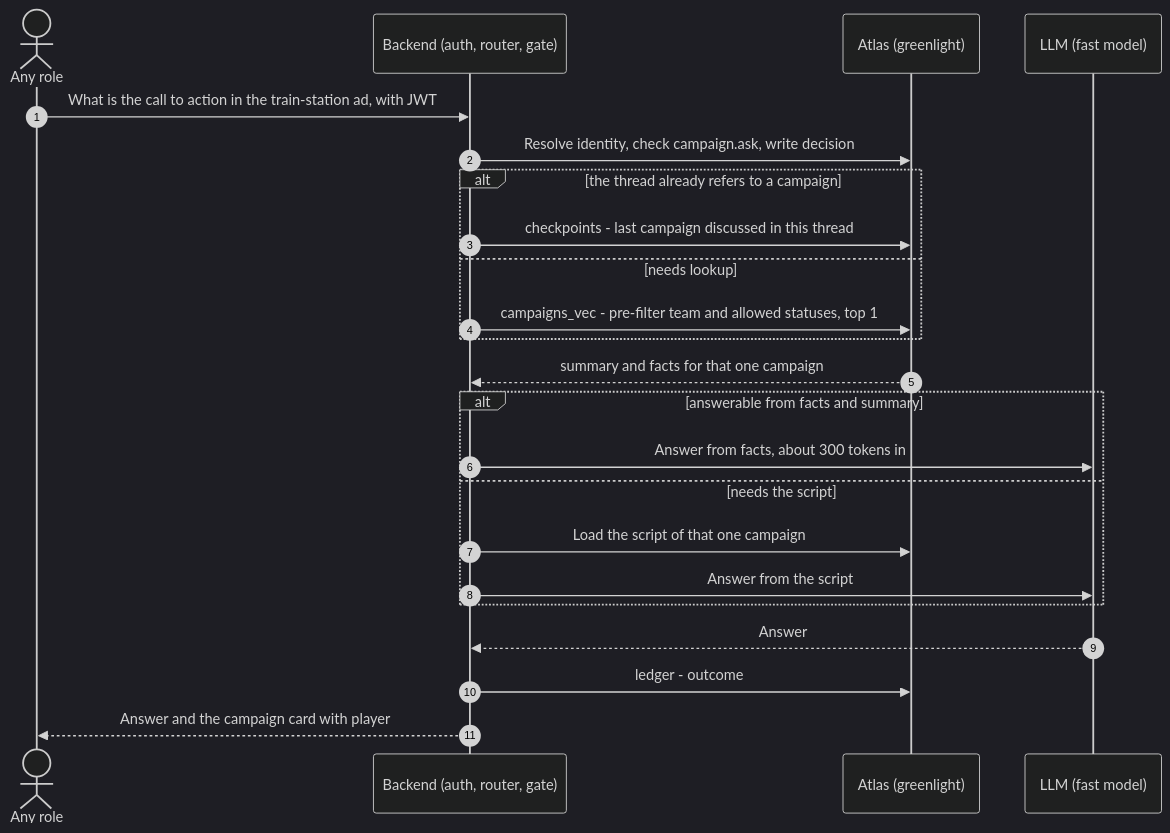
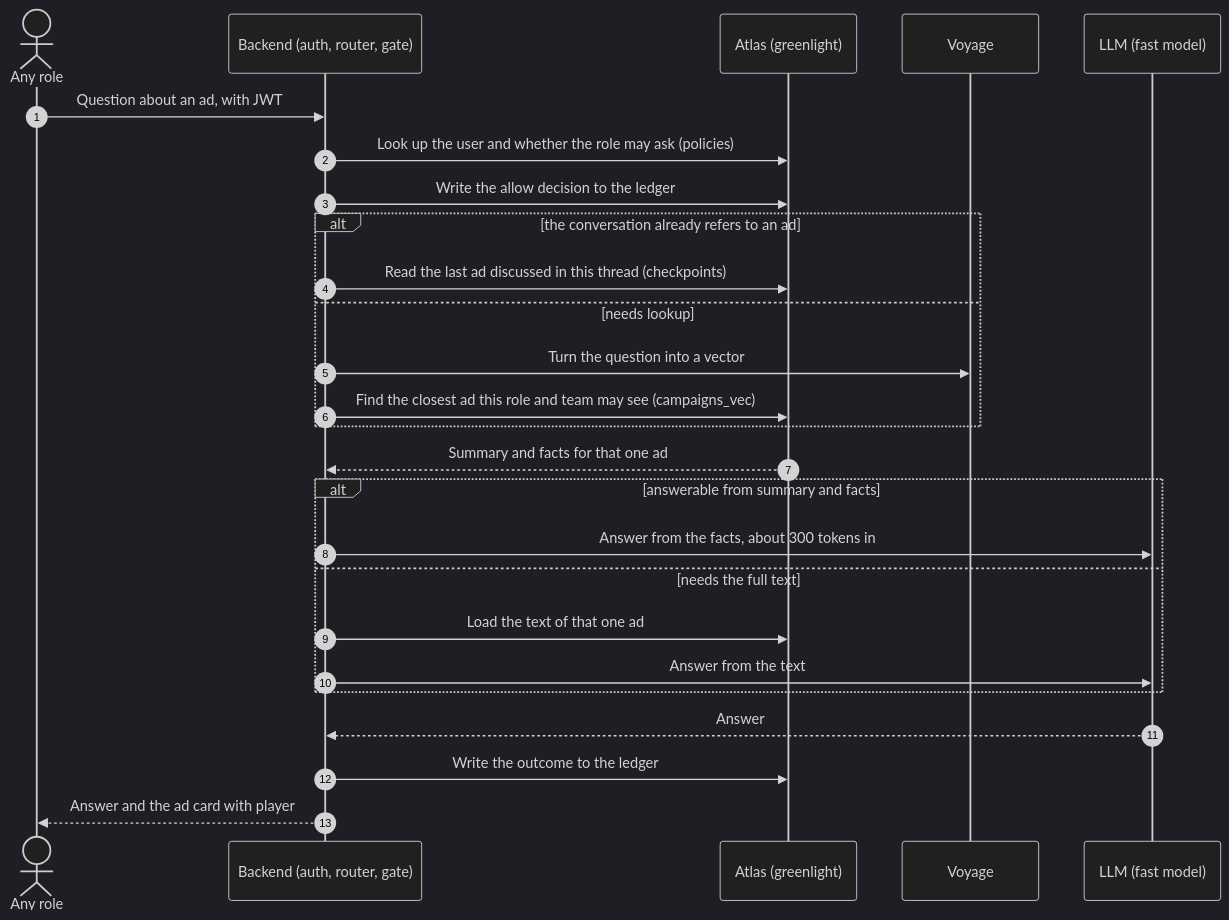
The fourth of 4 diagrams in docs/FLOWS.md (tusharraju7/mongodb-hackathon), drawn with Mermaid (dark theme) before and after one commit. The commit also changed other lines of this file and 7 other files, not shown here.

````diff
--- a/docs/FLOWS.md
+++ b/docs/FLOWS.md
@@ -190,25 +142,28 @@
 ```mermaid
 sequenceDiagram
   autonumber
   actor U as Any role
   participant API as Backend (auth, router, gate)
   participant DB as Atlas (greenlight)
+  participant V as Voyage
   participant L as LLM (fast model)
-  U->>API: What is the call to action in the train-station ad, with JWT
-  API->>DB: Resolve identity, check campaign.ask, write decision
-  alt the thread already refers to a campaign
-    API->>DB: checkpoints - last campaign discussed in this thread
+  U->>API: Question about an ad, with JWT
+  API->>DB: Look up the user and whether the role may ask (policies)
+  API->>DB: Write the allow decision to the ledger
+  alt the conversation already refers to an ad
+    API->>DB: Read the last ad discussed in this thread (checkpoints)
   else needs lookup
-    API->>DB: campaigns_vec - pre-filter team and allowed statuses, top 1
+    API->>V: Turn the question into a vector
+    API->>DB: Find the closest ad this role and team may see (campaigns_vec)
   end
-  DB-->>API: summary and facts for that one campaign
-  alt answerable from facts and summary
-    API->>L: Answer from facts, about 300 tokens in
-  else needs the script
-    API->>DB: Load the script of that one campaign
-    API->>L: Answer from the script
+  DB-->>API: Summary and facts for that one ad
+  alt answerable from summary and facts
+    API->>L: Answer from the facts, about 300 tokens in
+  else needs the full text
+    API->>DB: Load the text of that one ad
+    API->>L: Answer from the text
   end
   L-->>API: Answer
-  API->>DB: ledger - outcome
-  API-->>U: Answer and the campaign card with player
+  API->>DB: Write the outcome to the ledger
+  API-->>U: Answer and the ad card with player
 ```
````
